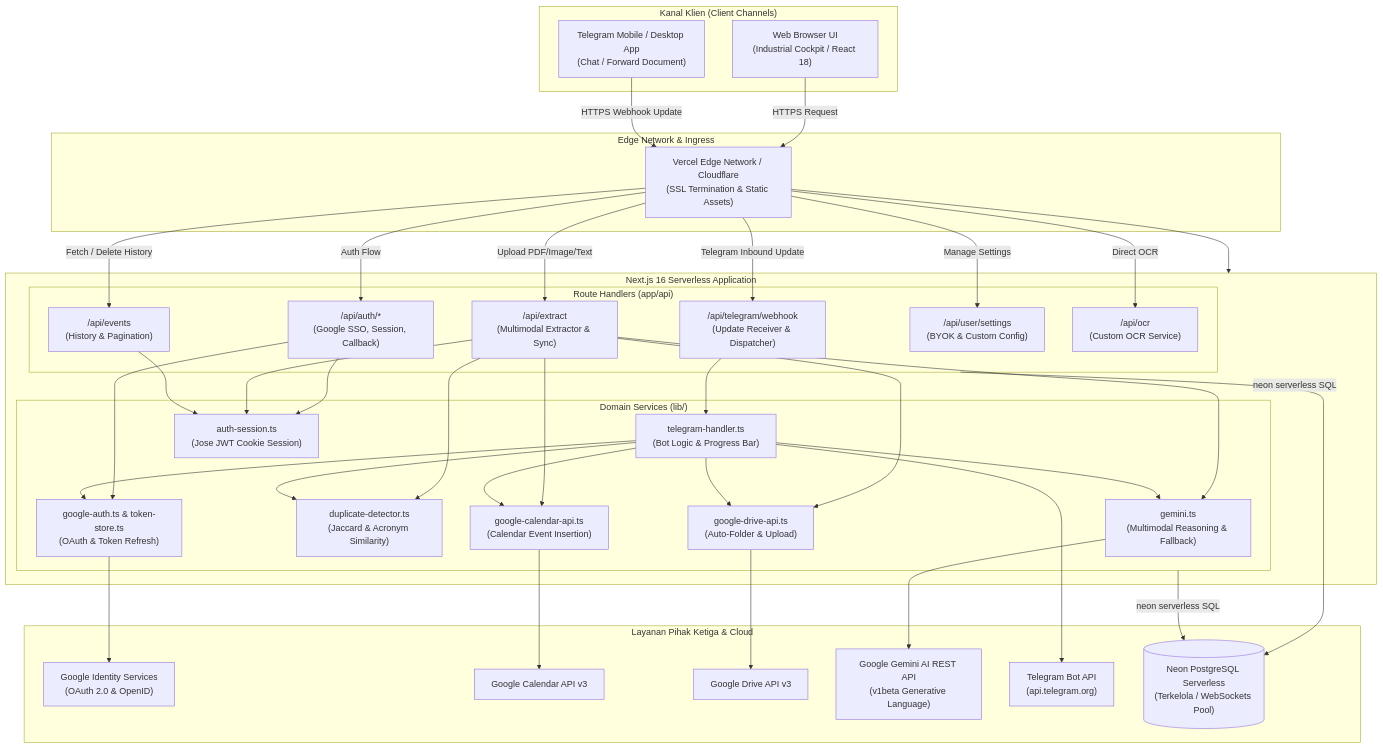
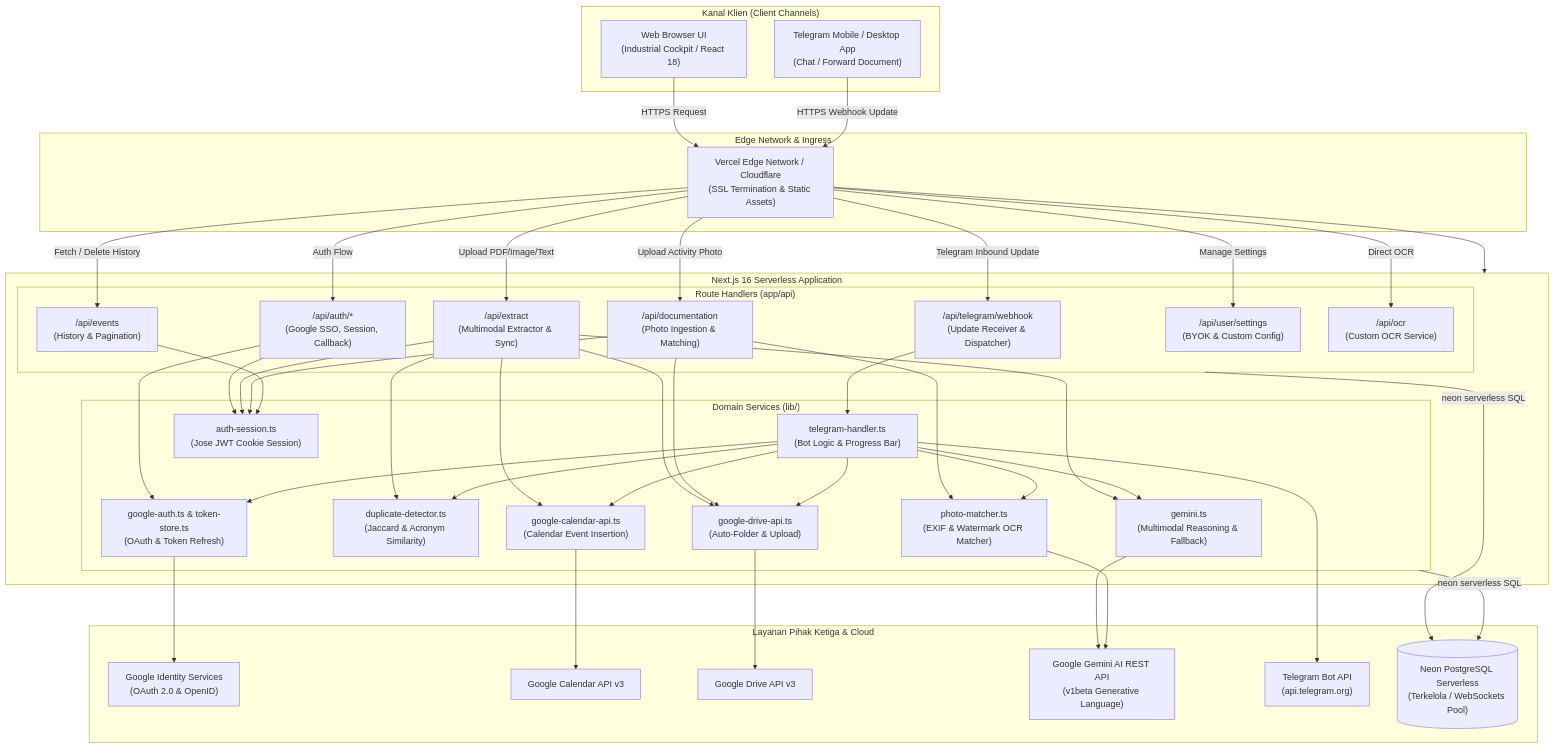
Before and after one commit to alfarisg34/easygooglecalendar: the first of 4 diagrams in Architecture.md, drawn with Mermaid. The commit also changed other lines of this file and 14 other files, not shown here.

Commit message:
feat: implement smart photo documentation ingestion, EXIF/watermark matcher, and anti-flyer guardrails

````diff
--- a/Architecture.md
+++ b/Architecture.md
@@ -32,6 +32,7 @@
         subgraph RouteHandlers["Route Handlers (app/api)"]
             AuthRoute["/api/auth/*\n(Google SSO, Session, Callback)"]
             ExtractRoute["/api/extract\n(Multimodal Extractor & Sync)"]
+            DocRoute["/api/documentation\n(Photo Ingestion & Matching)"]
             EventsRoute["/api/events\n(History & Pagination)"]
             TgWebhookRoute["/api/telegram/webhook\n(Update Receiver & Dispatcher)"]
             UserRoute["/api/user/settings\n(BYOK & Custom Config)"]
@@ -41,6 +42,7 @@
         subgraph CoreServices["Domain Services (lib/)"]
             GeminiEngine["gemini.ts\n(Multimodal Reasoning & Fallback)"]
             DupDetector["duplicate-detector.ts\n(Jaccard & Acronym Similarity)"]
+            PhotoMatcher["photo-matcher.ts\n(EXIF & Watermark OCR Matcher)"]
             DriveService["google-drive-api.ts\n(Auto-Folder & Upload)"]
             CalService["google-calendar-api.ts\n(Calendar Event Insertion)"]
             TgHandler["telegram-handler.ts\n(Bot Logic & Progress Bar)"]
@@ -66,6 +68,7 @@
     %% Routing to Handlers
     VercelEdge -->|Auth Flow| AuthRoute
     VercelEdge -->|Upload PDF/Image/Text| ExtractRoute
+    VercelEdge -->|Upload Activity Photo| DocRoute
     VercelEdge -->|Fetch / Delete History| EventsRoute
     VercelEdge -->|Telegram Inbound Update| TgWebhookRoute
     VercelEdge -->|Manage Settings| UserRoute
@@ -79,10 +82,14 @@
     ExtractRoute --> CalService
     ExtractRoute --> DriveService
     ExtractRoute --> SessionManager
+    DocRoute --> PhotoMatcher
+    DocRoute --> DriveService
+    DocRoute --> SessionManager
     EventsRoute --> SessionManager
     TgWebhookRoute --> TgHandler
     TgHandler --> GeminiEngine
     TgHandler --> DupDetector
+    TgHandler --> PhotoMatcher
     TgHandler --> CalService
     TgHandler --> DriveService
     TgHandler --> AuthManager
@@ -92,6 +99,7 @@
     CalService --> GoogleCalAPI
     DriveService --> GoogleDriveAPI
     GeminiEngine --> GeminiAPI
+    PhotoMatcher --> GeminiAPI
     TgHandler --> TelegramAPI
     RouteHandlers & CoreServices -->|neon serverless SQL| NeonDB
 ```
````
